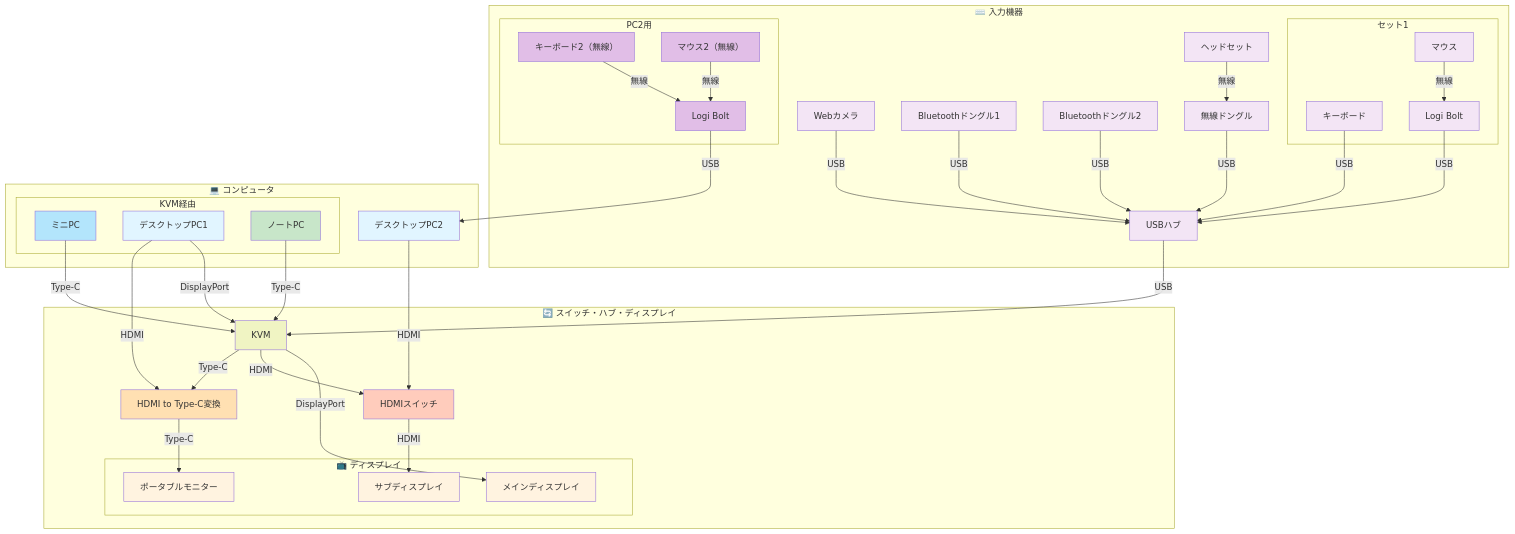
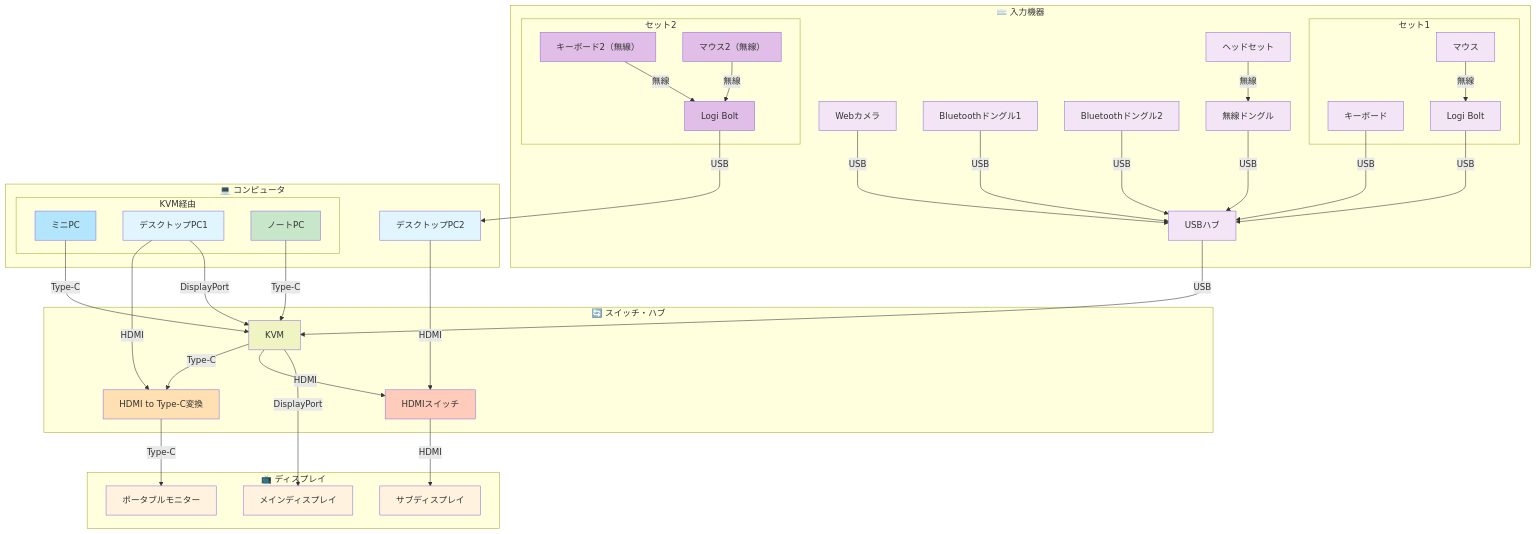
One commit to nuitsjp/MyEnvironments changed the diagram in デスク設計.md. Above: the diagram before and after it, drawn with Mermaid. The commit also changed other lines of this file, not shown here.

Commit message:
接続図のセット2を明確化し、PC2用の入力機器を整理。スイッチ・ハブの構成を更新し、デバイス一覧の表記を修正。

```diff
--- a/デスク設計.md
+++ b/デスク設計.md
@@ -18,7 +18,7 @@
             LOGIBOLT1["Logi Bolt"]
         end
 
-        subgraph PC2INPUT["PC2用"]
+        subgraph SET2["セット2"]
             KB2["キーボード2（無線）"]
             MOUSE2["マウス2（無線）"]
             LOGIBOLT["Logi Bolt"]
@@ -38,16 +38,16 @@
         end
     end
 
-    subgraph SWITCH["🔄 スイッチ・ハブ・ディスプレイ"]
+    subgraph SWITCH["🔄 スイッチ・ハブ"]
         KVM["KVM"]
         HUB1["HDMI to Type-C変換"]
         HDMISW["HDMIスイッチ"]
-        
-        subgraph DISPLAYS["📺 ディスプレイ"]
-            DIS1["メインディスプレイ"]
-            DIS2["サブディスプレイ"]
-            DIS3["ポータブルモニター"]
-        end
+    end
+
+    subgraph DISPLAYS["📺 ディスプレイ"]
+        DIS1["メインディスプレイ"]
+        DIS2["サブディスプレイ"]
+        DIS3["ポータブルモニター"]
     end
 
     PC1 -->|DisplayPort| KVM
```
